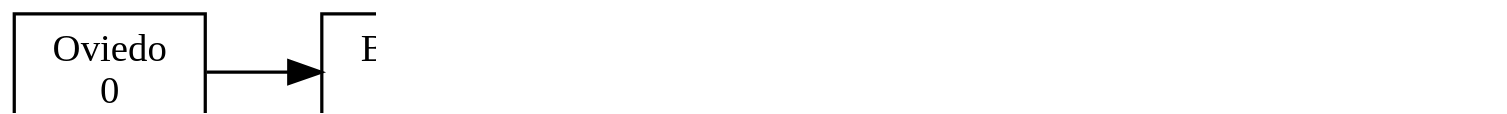
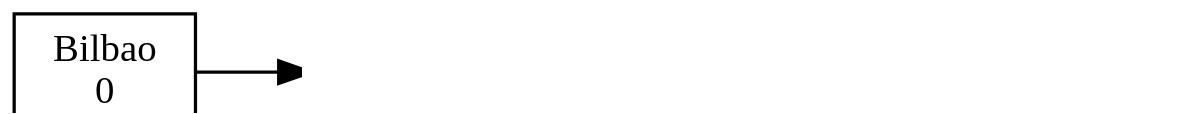
Before and after one commit to Pegre369/-EDD-Proyecto2_201701187_201706357: the diagram in [EDD]Proyecto2/Lista_Rutas3.dot, drawn with Graphviz. The commit also changed 20 other files, not shown here.

```diff
--- a/[EDD]Proyecto2/Lista_Rutas3.dot
+++ b/[EDD]Proyecto2/Lista_Rutas3.dot
@@ -1,20 +1,17 @@
 digraph G {
  rankdir=LR 
  node[shape=box];
 graph [ dpi = 300 ];
-Oviedo[ label = "Oviedo
+Bilbao[ label = "Bilbao
 0", fontsize=12]; 
-Bilbao[ label = "Bilbao
-304", fontsize=12];
 Zaragoza[ label = "Zaragoza
-628", fontsize=12];
+324", fontsize=12];
 Barcelona[ label = "Barcelona
-924", fontsize=12];
+620", fontsize=12];
 Gerona[ label = "Gerona
-1024", fontsize=12];
-Oviedo->Bilbao;
+720", fontsize=12];
 Bilbao->Zaragoza;
 Zaragoza->Barcelona;
 Barcelona->Gerona;
 
 }
```
